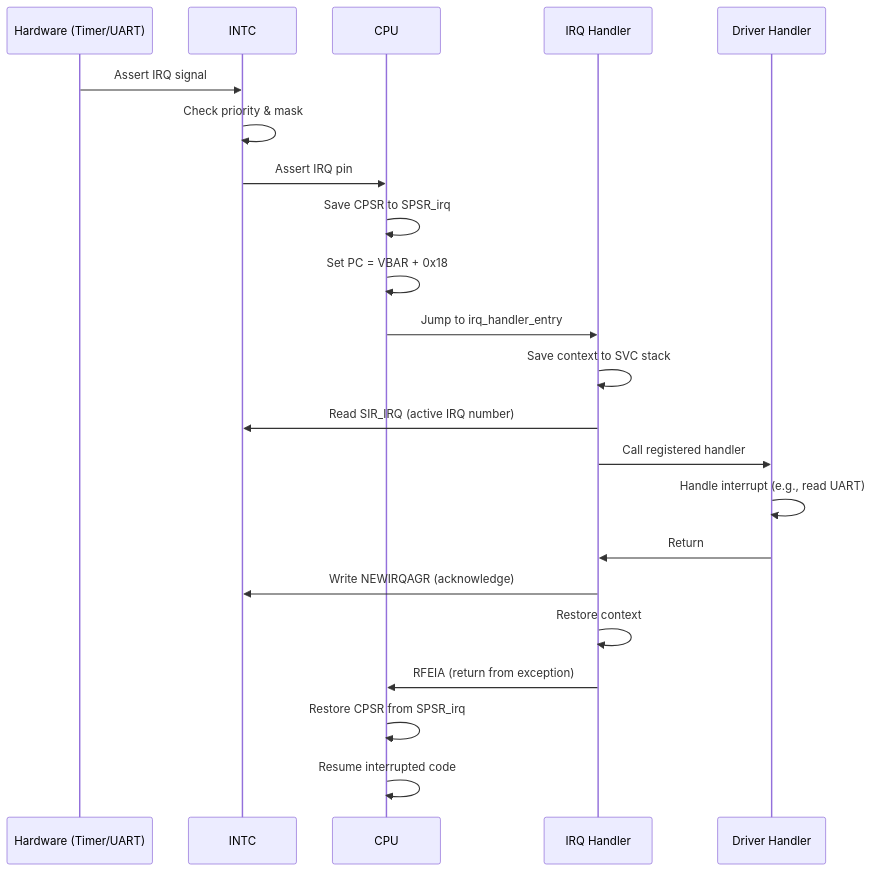
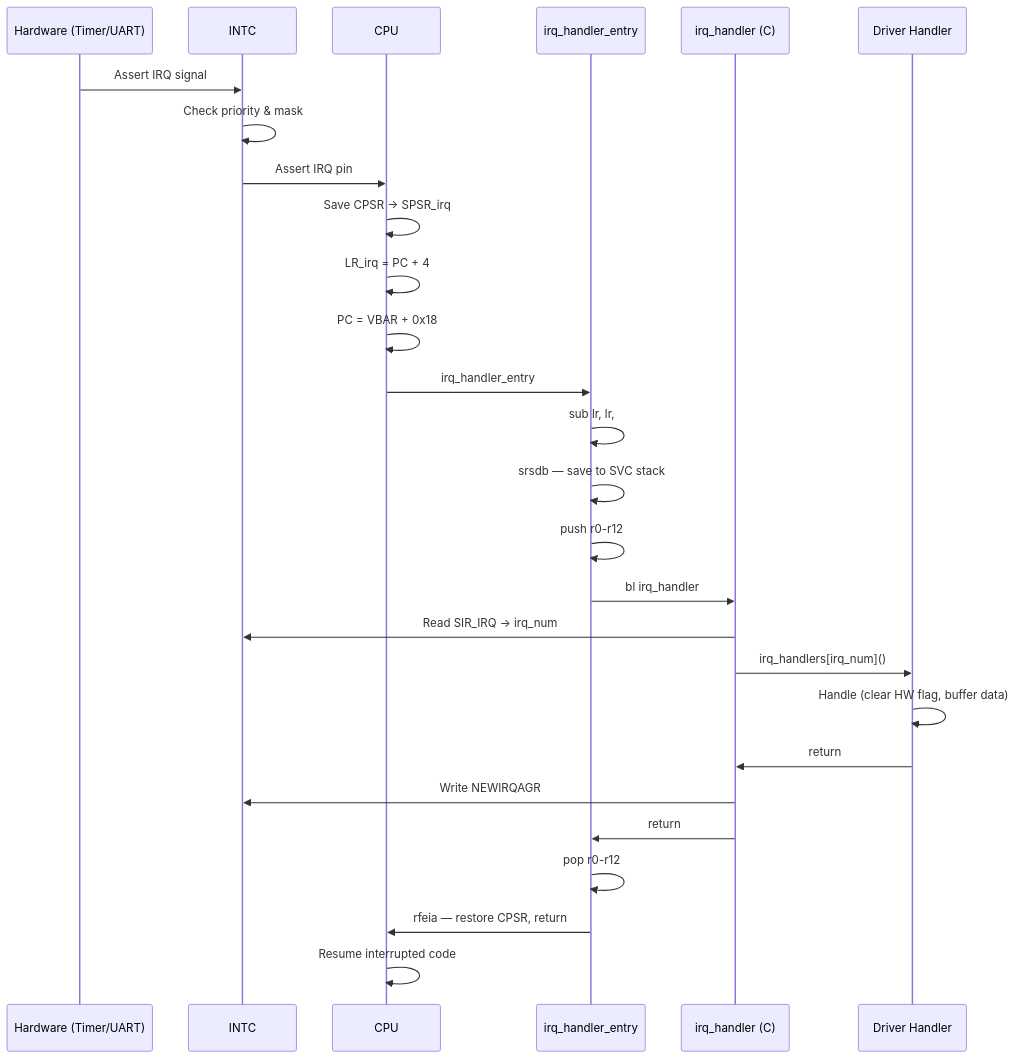
One commit to MizuCaster/Vinix-OS changed the diagram in VinixOS/docs/04-interrupt-and-exception.md. Above: the diagram before and after it, drawn with Mermaid. The commit also changed other lines of this file and 18 other files, not shown here.

````diff
--- a/VinixOS/docs/04-interrupt-and-exception.md
+++ b/VinixOS/docs/04-interrupt-and-exception.md
@@ -273,25 +279,30 @@
 ```mermaid
 sequenceDiagram
     participant HW as Hardware (Timer/UART)
     participant INTC as INTC
     participant CPU as CPU
-    participant Handler as IRQ Handler
+    participant Entry as irq_handler_entry
+    participant C as irq_handler (C)
     participant Driver as Driver Handler
-    
+
     HW->>INTC: Assert IRQ signal
     INTC->>INTC: Check priority & mask
     INTC->>CPU: Assert IRQ pin
-    CPU->>CPU: Save CPSR to SPSR_irq
-    CPU->>CPU: Set PC = VBAR + 0x18
-    CPU->>Handler: Jump to irq_handler_entry
-    Handler->>Handler: Save context to SVC stack
-    Handler->>INTC: Read SIR_IRQ (active IRQ number)
-    Handler->>Driver: Call registered handler
-    Driver->>Driver: Handle interrupt (e.g., read UART)
-    Driver->>Handler: Return
-    Handler->>INTC: Write NEWIRQAGR (acknowledge)
-    Handler->>Handler: Restore context
-    Handler->>CPU: RFEIA (return from exception)
-    CPU->>CPU: Restore CPSR from SPSR_irq
+    CPU->>CPU: Save CPSR → SPSR_irq
+    CPU->>CPU: LR_irq = PC + 4
+    CPU->>CPU: PC = VBAR + 0x18
+    CPU->>Entry: irq_handler_entry
+    Entry->>Entry: sub lr, lr, #4
+    Entry->>Entry: srsdb — save to SVC stack
+    Entry->>Entry: push r0-r12
+    Entry->>C: bl irq_handler
+    C->>INTC: Read SIR_IRQ → irq_num
+    C->>Driver: irq_handlers[irq_num]()
+    Driver->>Driver: Handle (clear HW flag, buffer data)
+    Driver->>C: return
+    C->>INTC: Write NEWIRQAGR
+    C->>Entry: return
+    Entry->>Entry: pop r0-r12
+    Entry->>CPU: rfeia — restore CPSR, return
     CPU->>CPU: Resume interrupted code
 ```
````
